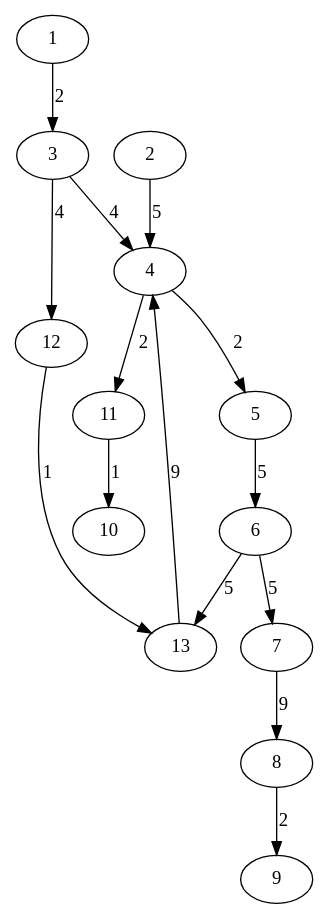
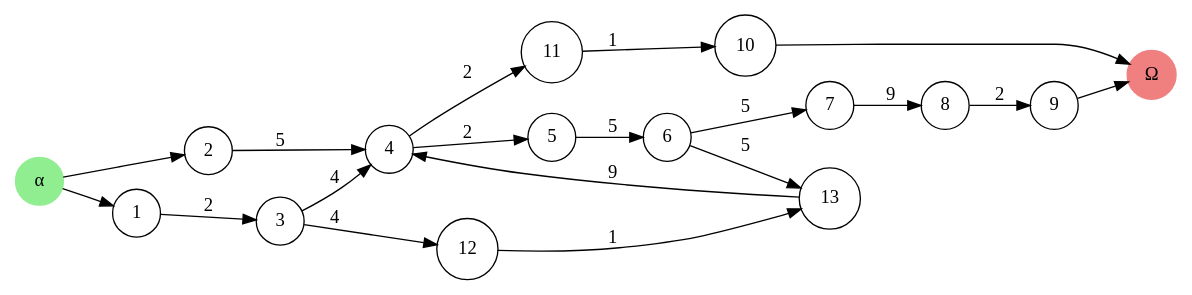
One commit to ktzkvin/GraphProjectL3 changed the diagram in data/graph.gv. Above: the diagram before and after it, drawn with Graphviz. The commit also changed 4 other files, not shown here.

Commit message:
🔧Alpha/Omega modifications

```diff
--- a/data/graph.gv
+++ b/data/graph.gv
@@ -1,30 +1,37 @@
 // Graphe de contraintes
 digraph {
-	1 [label=1]
-	2 [label=2]
-	3 [label=3]
-	4 [label=4]
-	5 [label=5]
-	6 [label=6]
-	7 [label=7]
-	8 [label=8]
-	9 [label=9]
-	10 [label=10]
-	11 [label=11]
-	12 [label=12]
-	13 [label=13]
+	rankdir=LR
+	1 [label=1 shape=circle]
+	2 [label=2 shape=circle]
+	3 [label=3 shape=circle]
+	4 [label=4 shape=circle]
+	5 [label=5 shape=circle]
+	6 [label=6 shape=circle]
+	7 [label=7 shape=circle]
+	8 [label=8 shape=circle]
+	9 [label=9 shape=circle]
+	10 [label=10 shape=circle]
+	11 [label=11 shape=circle]
+	12 [label=12 shape=circle]
+	13 [label=13 shape=circle]
 	1 -> 3 [label=2]
 	2 -> 4 [label=5]
 	3 -> 4 [label=4]
 	13 -> 4 [label=9]
 	4 -> 5 [label=2]
 	5 -> 6 [label=5]
 	6 -> 7 [label=5]
 	7 -> 8 [label=9]
 	8 -> 9 [label=2]
 	11 -> 10 [label=1]
 	4 -> 11 [label=2]
 	3 -> 12 [label=4]
 	6 -> 13 [label=5]
 	12 -> 13 [label=1]
+	Alpha [label="α" color=lightgreen shape=circle style=filled]
+	Alpha -> 1 [label=""]
+	Alpha -> 2 [label=""]
+	Omega [label="Ω" color=lightcoral shape=circle style=filled]
+	9 -> Omega [label=""]
+	10 -> Omega [label=""]
 }
```
